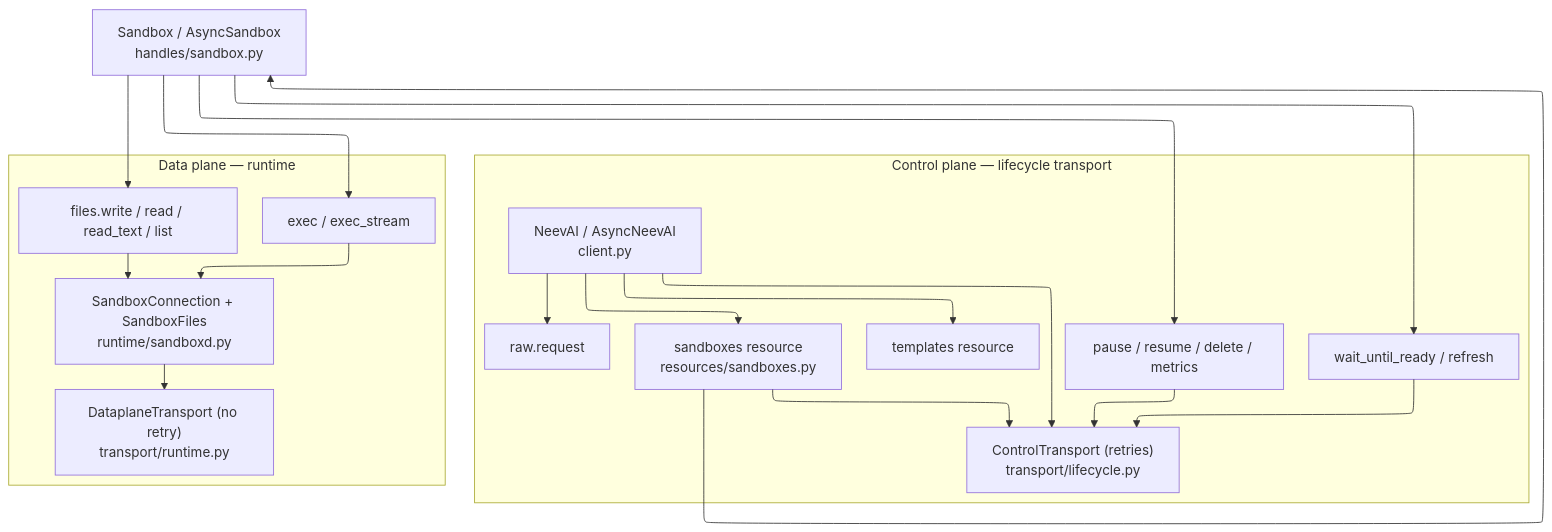
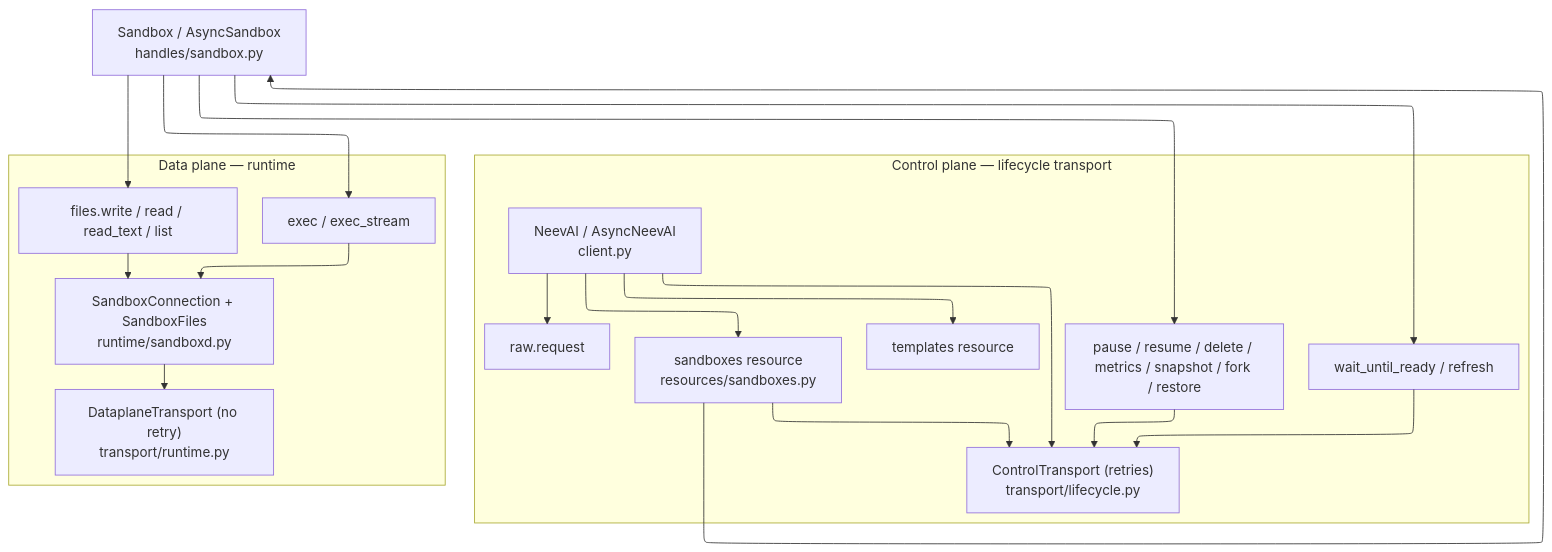
Before and after one commit to NeevCloudAI/neev-sdk-python: the second of 2 diagrams in docs/architecture.md, drawn with Mermaid. The commit also changed other lines of this file and 14 other files, not shown here.

First line of the commit message:
feat: add sandbox snapshot, restore, and fork APIs

````diff
--- a/docs/architecture.md
+++ b/docs/architecture.md
@@ -122,30 +122,30 @@
 ```mermaid
 ---
 config:
   layout: elk
 ---
 flowchart TB
  subgraph controlPlane["Control plane — lifecycle transport"]
         NeevAI["NeevAI / AsyncNeevAI<br>client.py"]
         Sandboxes["sandboxes resource<br>resources/sandboxes.py"]
         Templates["templates resource"]
         Raw["raw.request"]
         Wait["wait_until_ready / refresh"]
-        LifecycleOps["pause / resume / delete / metrics"]
+        LifecycleOps["pause / resume / delete / metrics / snapshot / fork / restore"]
         LifecycleTransport["ControlTransport (retries)<br>transport/lifecycle.py"]
   end
  subgraph dataPlane["Data plane — runtime"]
         Exec["exec / exec_stream"]
         Files["files.write / read / read_text / list"]
         Sandboxd["SandboxConnection + SandboxFiles<br>runtime/sandboxd.py"]
         RuntimeTransport["DataplaneTransport (no retry)<br>transport/runtime.py"]
   end
     NeevAI --> Sandboxes & Templates & Raw & LifecycleTransport
     Sandboxes --> SB["Sandbox / AsyncSandbox<br>handles/sandbox.py"] & LifecycleTransport
     SB --> Wait & LifecycleOps & Exec & Files
     Wait --> LifecycleTransport
     LifecycleOps --> LifecycleTransport
     Exec --> Sandboxd
     Files --> Sandboxd
     Sandboxd --> RuntimeTransport
 ```
````
